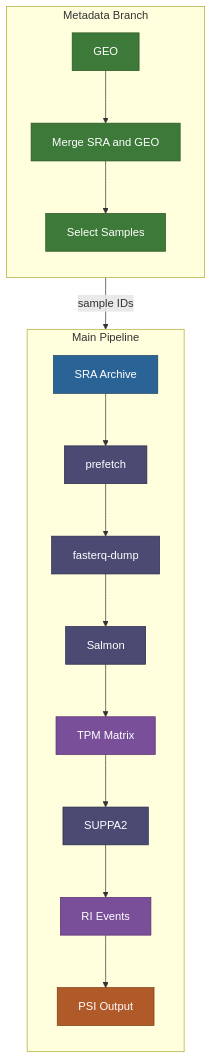
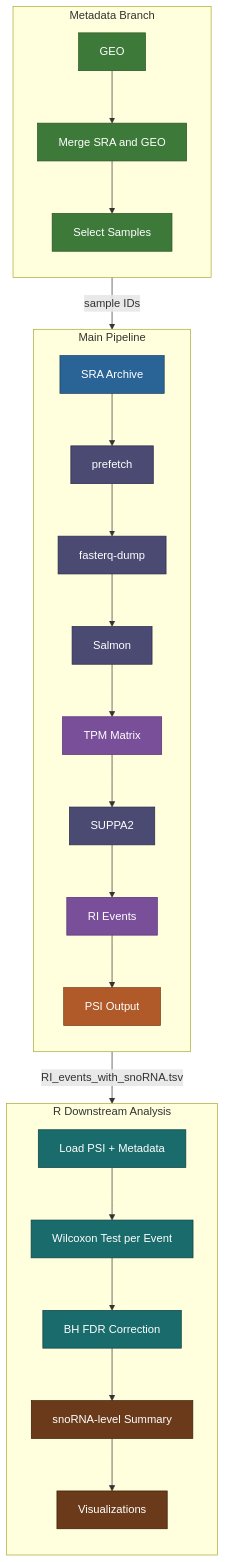
One commit to KiarashBabaei/Transcriptome-AutoPipeline changed the diagram in README.md. Above: the diagram before and after it, drawn with Mermaid. The commit also changed other lines of this file, not shown here.

First line of the commit message:
RI statistical analysis results

````diff
--- a/README.md
+++ b/README.md
@@ -37,32 +53,45 @@
 ```mermaid
 flowchart TD
     subgraph META [" Metadata Branch "]
         direction TB
         GEO[GEO]:::meta
         MERGE[Merge SRA and GEO]:::meta
         SEL[Select Samples]:::meta
         GEO --> MERGE --> SEL
     end
- 
+
     subgraph MAIN [" Main Pipeline "]
         direction TB
         SRA[SRA Archive]:::input
         PRE[prefetch]:::tool
         FQ[fasterq-dump]:::tool
         SAL[Salmon]:::tool
         TPM[TPM Matrix]:::data
         SUP[SUPPA2]:::tool
         RI[RI Events]:::data
         PSI[PSI Output]:::output
- 
+
         SRA --> PRE --> FQ --> SAL --> TPM --> SUP --> RI --> PSI
     end
- 
+
+    subgraph RANALYSIS [" R Downstream Analysis "]
+        direction TB
+        RLOAD[Load PSI + Metadata]:::rtool
+        WILCOX[Wilcoxon Test per Event]:::rtool
+        FDR[BH FDR Correction]:::rtool
+        SNORNA[snoRNA-level Summary]:::rout
+        VIZ[Visualizations]:::rout
+        RLOAD --> WILCOX --> FDR --> SNORNA --> VIZ
+    end
+
     SEL -->|sample IDs| FQ
- 
+    PSI -->|RI_events_with_snoRNA.tsv| RLOAD
+
     classDef input  fill:#2a6496,stroke:#1a3f5c,color:#fff
     classDef meta   fill:#3d7a3a,stroke:#2a5220,color:#fff
     classDef tool   fill:#4a4a72,stroke:#2a2a4a,color:#fff
     classDef data   fill:#7a4f9a,stroke:#5a3070,color:#fff
     classDef output fill:#b05a2a,stroke:#7a3a10,color:#fff
+    classDef rtool  fill:#1a6b6b,stroke:#0d4040,color:#fff
+    classDef rout   fill:#6b3a1a,stroke:#3a1a00,color:#fff
 ```
````
